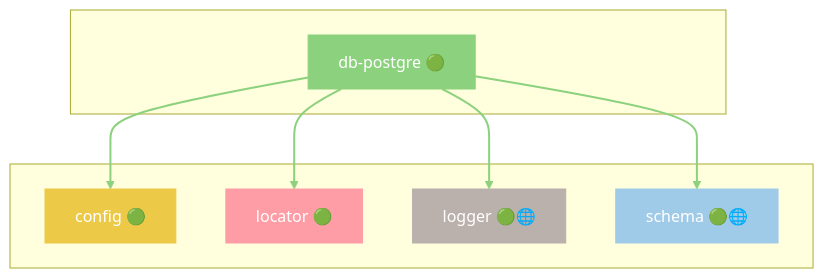
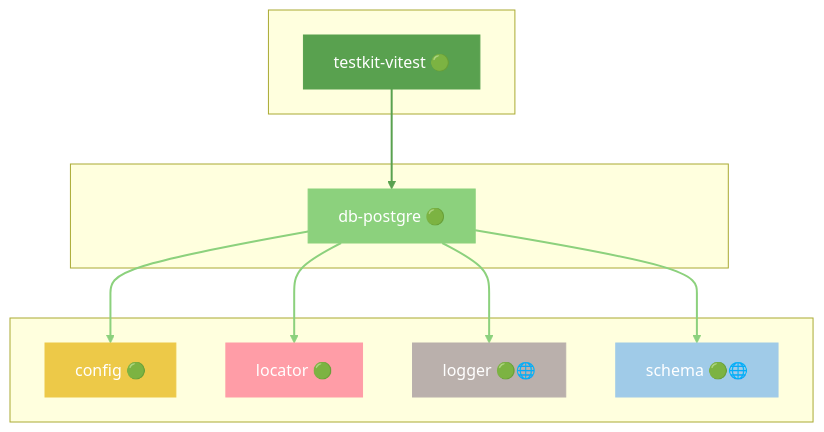
One commit to grest-ts/grest-ts changed diagram 13 of 45 in docs/DEPENDENCIES.md. Above: the diagram before and after it, drawn with Mermaid. The commit also changed other lines of this file and 22 other files, not shown here.

````diff
--- a/docs/DEPENDENCIES.md
+++ b/docs/DEPENDENCIES.md
@@ -761,25 +797,31 @@
 ```mermaid
 flowchart TB
+    subgraph Dependents[" "]
+        testkit-vitest["testkit-vitest 🟢"]
+    end
     subgraph Package[" "]
         db-postgre["db-postgre 🟢"]
     end
     subgraph Dependencies[" "]
         config["config 🟢"]
         locator["locator 🟢"]
         logger["logger 🟢🌐"]
         schema["schema 🟢🌐"]
     end
+    testkit-vitest --> db-postgre
     db-postgre --> config
     db-postgre --> locator
     db-postgre --> logger
     db-postgre --> schema
     style db-postgre fill:#8CD17D,stroke:#8CD17D,color:#fff
+    style testkit-vitest fill:#59A14F,stroke:#59A14F,color:#fff
     style config fill:#EDC948,stroke:#EDC948,color:#fff
     style locator fill:#FF9DA7,stroke:#FF9DA7,color:#fff
     style logger fill:#BAB0AC,stroke:#BAB0AC,color:#fff
     style schema fill:#A0CBE8,stroke:#A0CBE8,color:#fff
-    linkStyle 0 stroke:#8CD17D,stroke-width:2px
+    linkStyle 0 stroke:#59A14F,stroke-width:2px
     linkStyle 1 stroke:#8CD17D,stroke-width:2px
     linkStyle 2 stroke:#8CD17D,stroke-width:2px
     linkStyle 3 stroke:#8CD17D,stroke-width:2px
+    linkStyle 4 stroke:#8CD17D,stroke-width:2px
 ```
````
